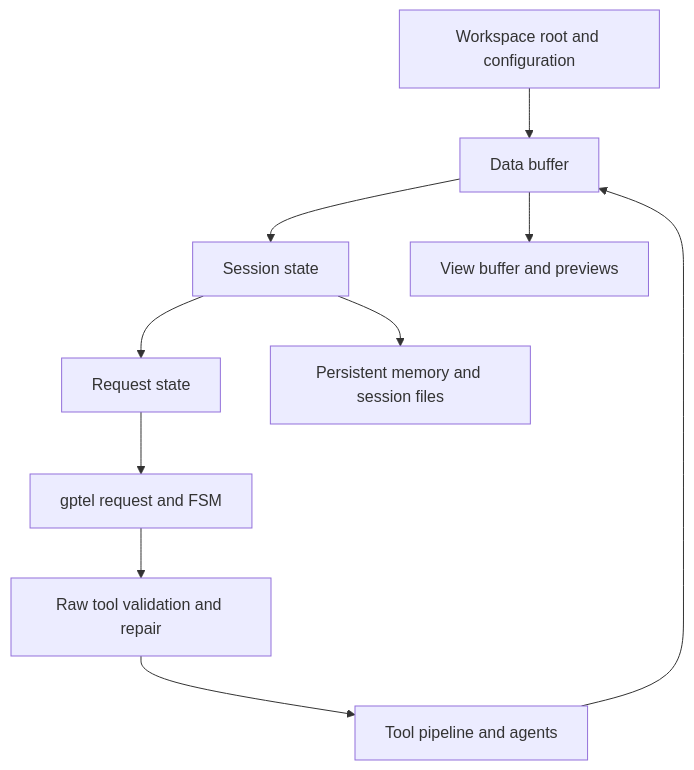
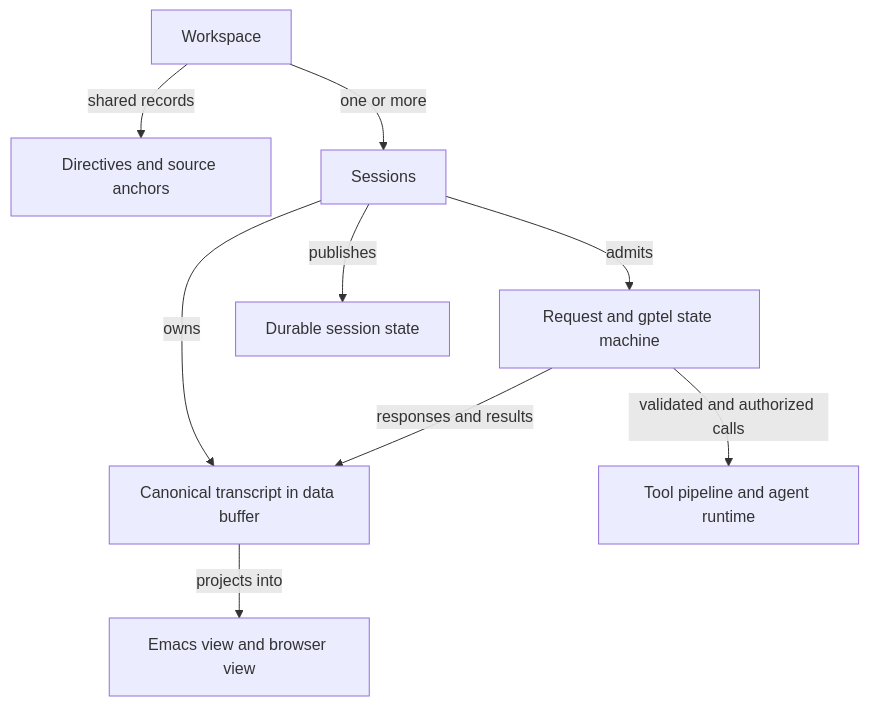
The diagram in docs/architecture.md (FrauH0lle/mevedel), drawn with Mermaid before and after one commit. The commit also changed other lines of this file and 166 other files, not shown here.

````diff
--- a/docs/architecture.md
+++ b/docs/architecture.md
@@ -7,12 +7,11 @@
 ```mermaid
 flowchart TD
-    A[Workspace root and configuration] --> B[Data buffer]
-    B --> C[Session state]
-    C --> D[Request state]
-    D --> E[gptel request and FSM]
-    E --> R[Raw tool validation and repair]
-    R --> F[Tool pipeline and agents]
-    F --> B
-    B --> G[View buffer and previews]
-    C --> H[Persistent memory and session files]
+    W[Workspace] -->|shared records| D[Directives and source anchors]
+    W -->|one or more| S[Sessions]
+    S -->|owns| T[Canonical transcript in data buffer]
+    S -->|admits| R[Request and gptel state machine]
+    R -->|validated and authorized calls| X[Tool pipeline and agent runtime]
+    R -->|responses and results| T
+    T -->|projects into| V[Emacs view and browser view]
+    S -->|publishes| P[Durable session state]
 ```
````
